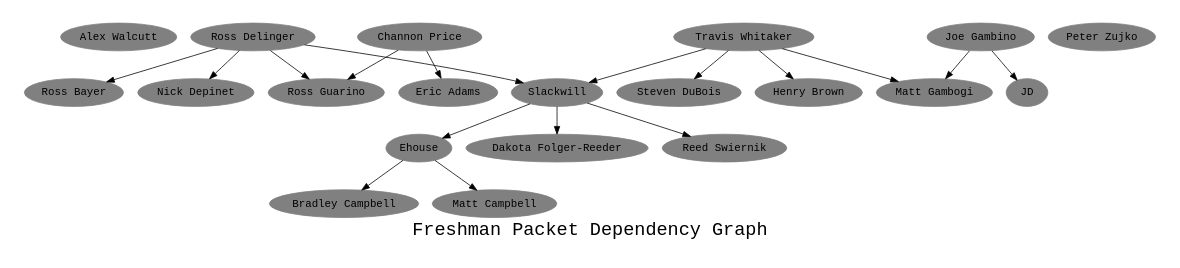
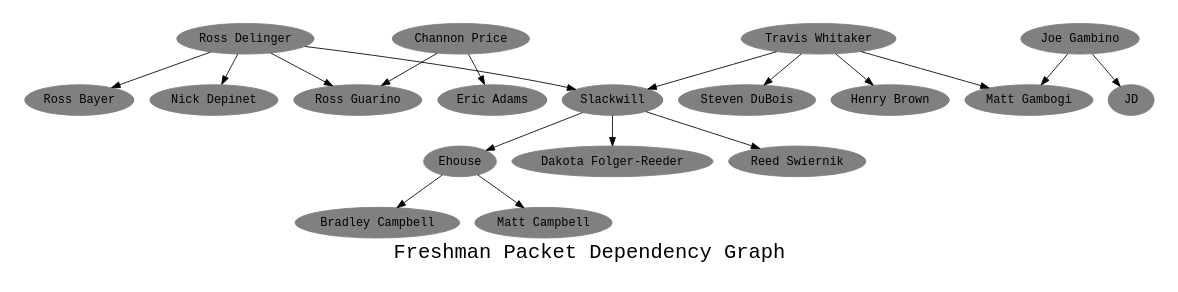
Before and after one commit to robgssp/CSHDigraph: the diagram in dep.gv, drawn with Graphviz.

Commit message:
Remove islands

```diff
--- a/dep.gv
+++ b/dep.gv
@@ -1,49 +1,47 @@
 digraph "Packet Dependencies" {
 	graph [ fontname = "Monospace",
 		fontsize = 24,
 		label = "Freshman Packet Dependency Graph",
 		size = "6,6" ];
 	node [	shape = oval,
 		color = grey,
 		style = filled,
 		fontname = "Monospace" ];
 
-	"Alex Walcutt";
 	"Bradley Campbell";
 	"Channon Price";
 	"Dakota Folger-Reeder";
 	"Ehouse";
 	"Eric Adams";
 	"Henry Brown";
 	"JD";
 	"Joe Gambino";
 	"Matt Campbell";
 	"Matt Gambogi";
 	"Nick Depinet";
-	"Peter Zujko";
 	"Reed Swiernik";
 	"Ross Bayer";
 	"Ross Delinger";
 	"Ross Guarino";
 	"Slackwill";
 	"Steven DuBois"
 	"Travis Whitaker";
 
 	"Channon Price" -> "Eric Adams";
 	"Channon Price" -> "Ross Guarino";
 	"Ehouse" -> "Bradley Campbell";
 	"Ehouse" -> "Matt Campbell";
 	"Joe Gambino" -> "JD";
 	"Joe Gambino" -> "Matt Gambogi";
 	"Ross Delinger" -> "Nick Depinet";
 	"Ross Delinger" -> "Ross Bayer";
 	"Ross Delinger" -> "Ross Guarino";
 	"Ross Delinger" -> "Slackwill";
 	"Slackwill" -> "Dakota Folger-Reeder";
 	"Slackwill" -> "Ehouse";
 	"Slackwill" -> "Reed Swiernik";
 	"Travis Whitaker" -> "Matt Gambogi";
 	"Travis Whitaker" -> "Steven DuBois";
 	"Travis Whitaker" -> "Henry Brown";
 	"Travis Whitaker" -> "Slackwill";
 }
```
